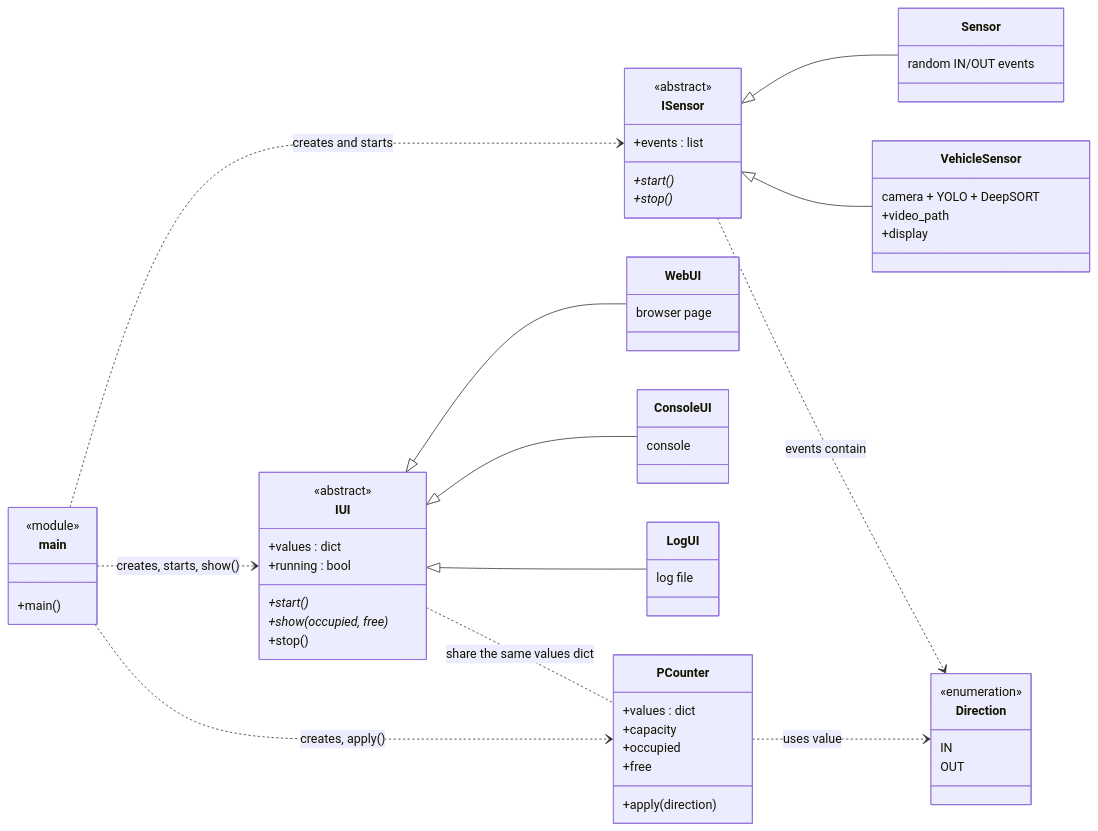
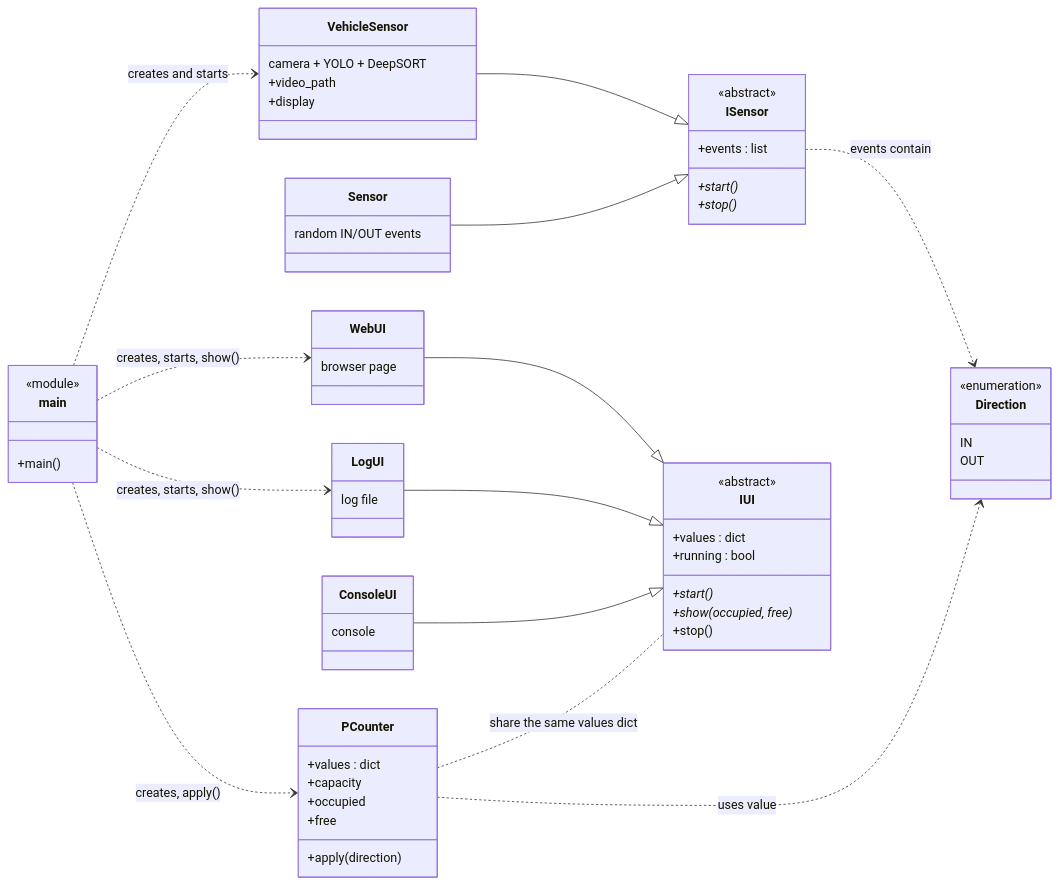
One commit to florinbucherer/parkingcounter changed the second of 2 diagrams in README.md. Above: the diagram before and after it, drawn with Mermaid.

Commit message:
update class diagramm in readme

````diff
--- a/README.md
+++ b/README.md
@@ -577,62 +577,63 @@
 ```mermaid
 classDiagram
     direction LR
     class main {
         <<module>>
         +main()
     }
     class ISensor {
         <<abstract>>
         +events : list
         +start()*
         +stop()*
     }
     class Sensor {
         random IN/OUT events
     }
     class VehicleSensor {
         camera + YOLO + DeepSORT
         +video_path
         +display
     }
     class IUI {
         <<abstract>>
         +values : dict
         +running : bool
         +start()*
         +show(occupied, free)*
         +stop()
     }
     class WebUI {
         browser page
     }
     class ConsoleUI {
         console
     }
     class LogUI {
         log file
     }
     class PCounter {
         +values : dict
         +capacity
         +occupied
         +free
         +apply(direction)
     }
     class Direction {
         <<enumeration>>
         IN
         OUT
     }
-    ISensor <|-- Sensor
-    ISensor <|-- VehicleSensor
-    IUI <|-- WebUI
-    IUI <|-- ConsoleUI
-    IUI <|-- LogUI
-    main ..> ISensor : creates and starts
-    main ..> IUI : creates, starts, show()
+    main ..> VehicleSensor : creates and starts
+    VehicleSensor --|> ISensor
+    Sensor --|> ISensor
+    ISensor ..> Direction : events contain
     main ..> PCounter : creates, apply()
-    ISensor ..> Direction : events contain
     PCounter ..> Direction : uses value
-    IUI .. PCounter : share the same values dict
+    main ..> WebUI : creates, starts, show()
+    main ..> LogUI : creates, starts, show()
+    WebUI --|> IUI
+    LogUI --|> IUI
+    ConsoleUI --|> IUI
+    PCounter .. IUI : share the same values dict
 ```
````
